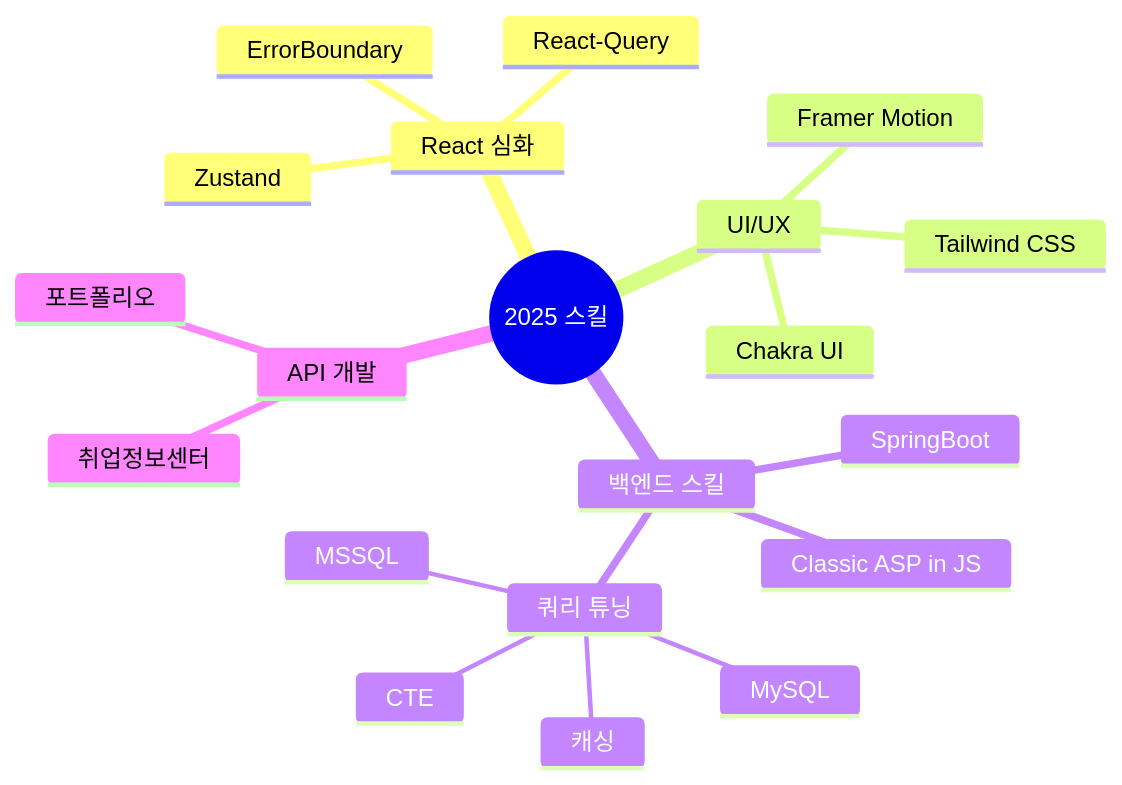
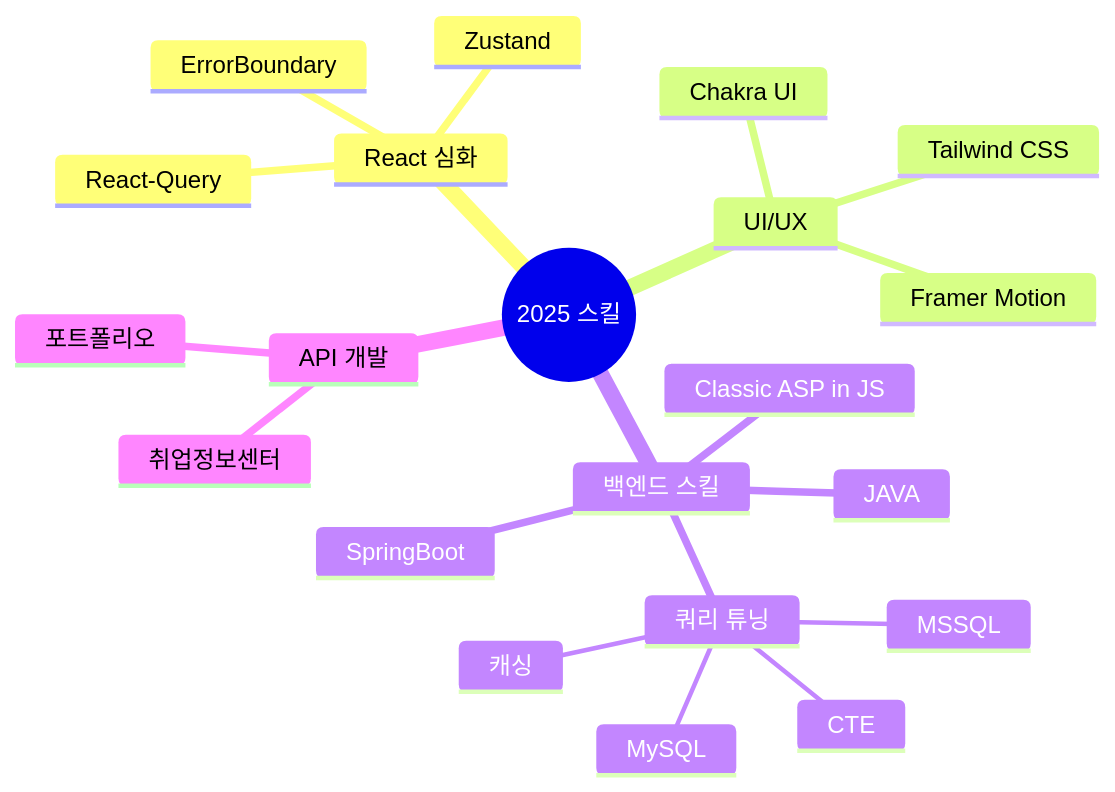
Before and after one commit to SnowsFE/SnowsFE: the diagram in README.md, drawn with Mermaid.

````diff
--- a/README.md
+++ b/README.md
@@ -145,23 +145,24 @@
 ```mermaid
 mindmap
   root((2025 스킬))
     React 심화
       Zustand
       React-Query
       ErrorBoundary
     UI/UX
       Chakra UI
       Tailwind CSS
       Framer Motion
     백엔드 스킬
       Classic ASP in JS
+      JAVA
       SpringBoot
       쿼리 튜닝
         MSSQL
         MySQL
         CTE
         캐싱
     API 개발
       취업정보센터
       포트폴리오
 ```
````
